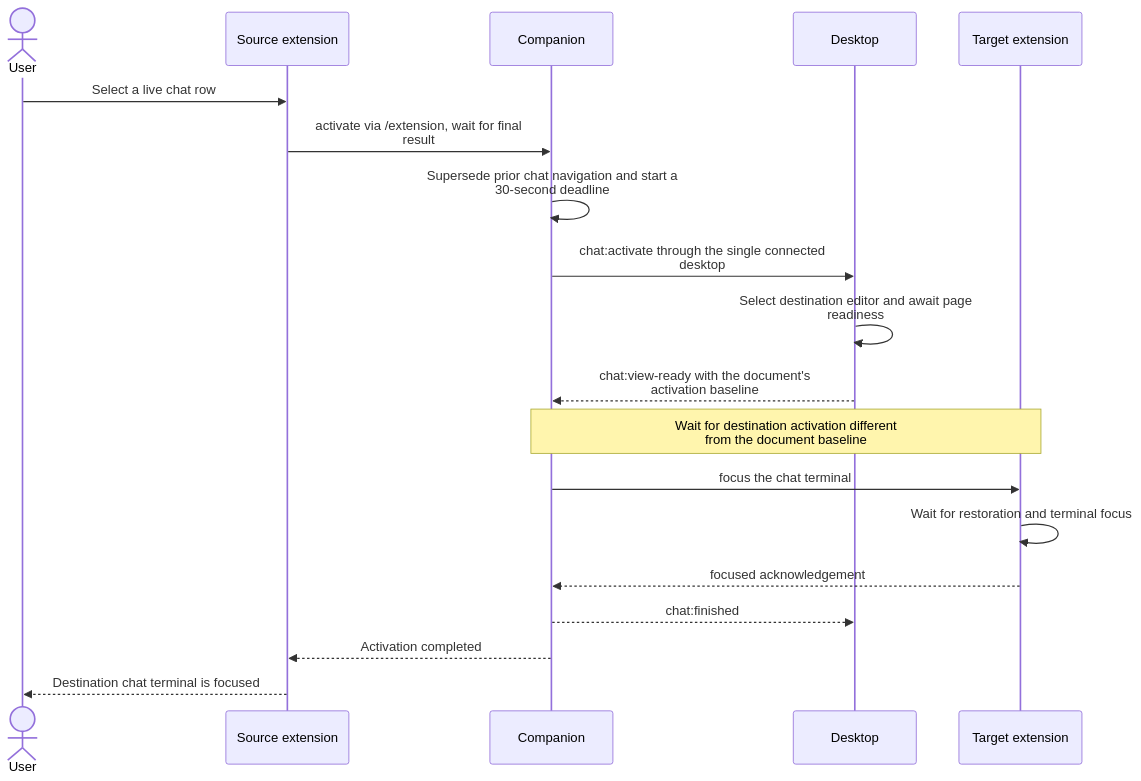
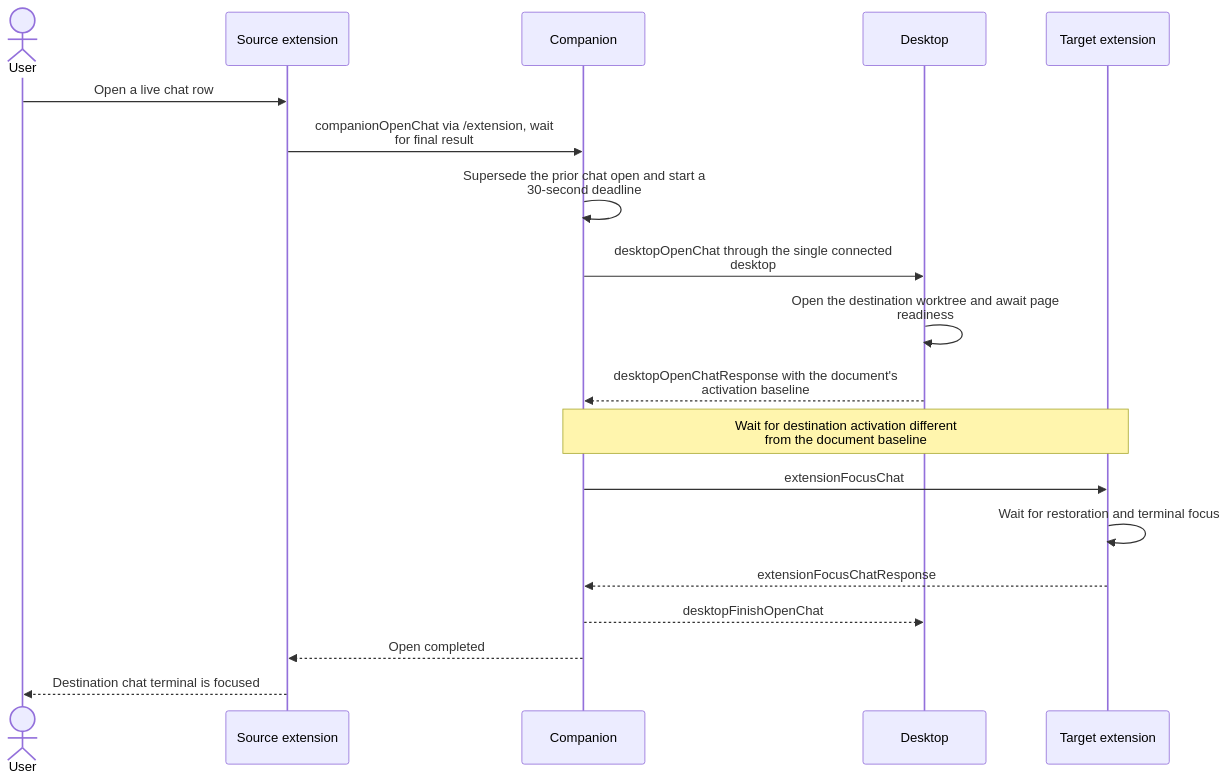
The fifth of 5 diagrams in workflows/chats.md (takeshibaconsuzuki/ade-overlay), drawn with Mermaid before and after one commit. The commit also changed other lines of this file and 70 other files, not shown here.

````diff
--- a/workflows/chats.md
+++ b/workflows/chats.md
@@ -81,21 +81,21 @@
 ```mermaid
 sequenceDiagram
     actor User
     participant Source as Source extension
     participant Chats as Companion
     participant Desktop
     participant Target as Target extension
-    User->>Source: Select a live chat row
-    Source->>Chats: activate via /extension, wait for final<br/>result
-    Chats->>Chats: Supersede prior chat navigation and start a<br/>30-second deadline
-    Chats->>Desktop: chat:activate through the single connected<br/>desktop
-    Desktop->>Desktop: Select destination editor and await page<br/>readiness
-    Desktop-->>Chats: chat:view-ready with the document's<br/>activation baseline
+    User->>Source: Open a live chat row
+    Source->>Chats: companionOpenChat via /extension, wait<br/>for final result
+    Chats->>Chats: Supersede the prior chat open and start a<br/>30-second deadline
+    Chats->>Desktop: desktopOpenChat through the single connected<br/>desktop
+    Desktop->>Desktop: Open the destination worktree and await page<br/>readiness
+    Desktop-->>Chats: desktopOpenChatResponse with the document's<br/>activation baseline
     Note over Chats,Target: Wait for destination activation different<br/>from the document baseline
-    Chats->>Target: focus the chat terminal
+    Chats->>Target: extensionFocusChat
     Target->>Target: Wait for restoration and terminal focus
-    Target-->>Chats: focused acknowledgement
-    Chats-->>Desktop: chat:finished
-    Chats-->>Source: Activation completed
+    Target-->>Chats: extensionFocusChatResponse
+    Chats-->>Desktop: desktopFinishOpenChat
+    Chats-->>Source: Open completed
     Source-->>User: Destination chat terminal is focused
 ```
````
